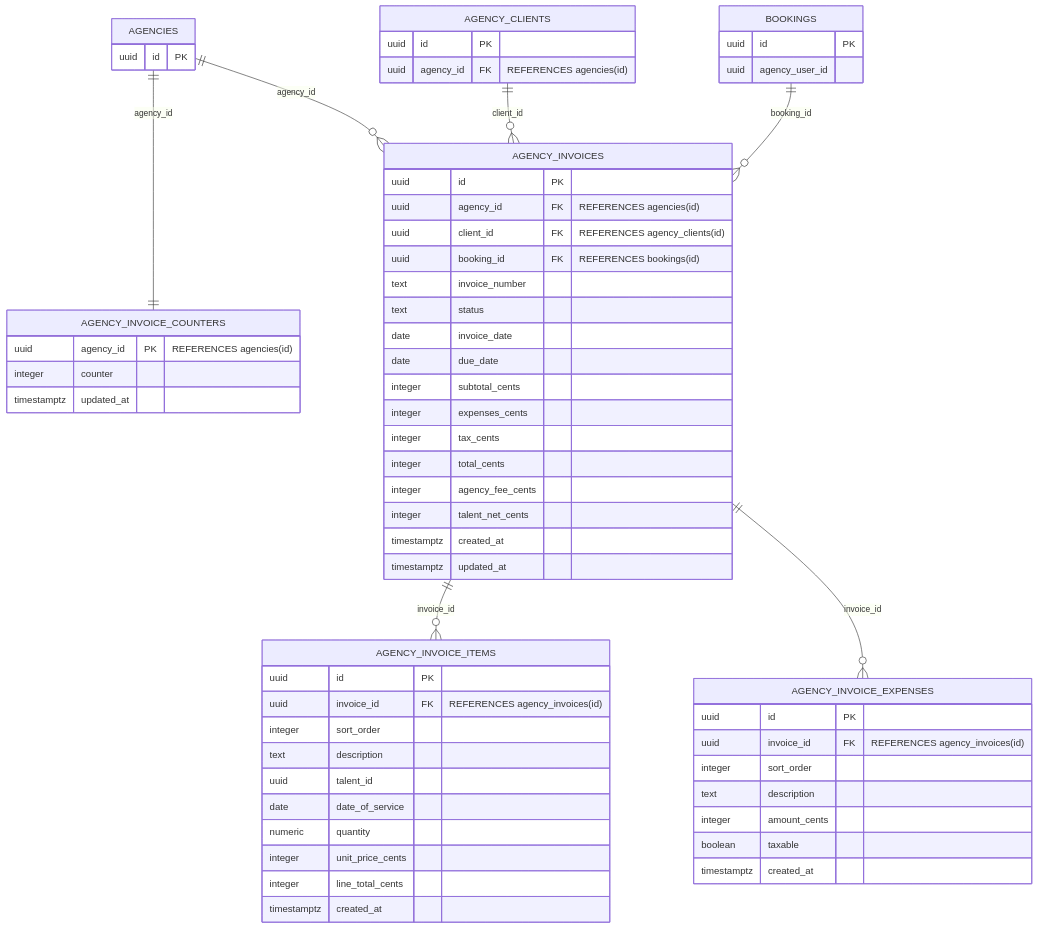
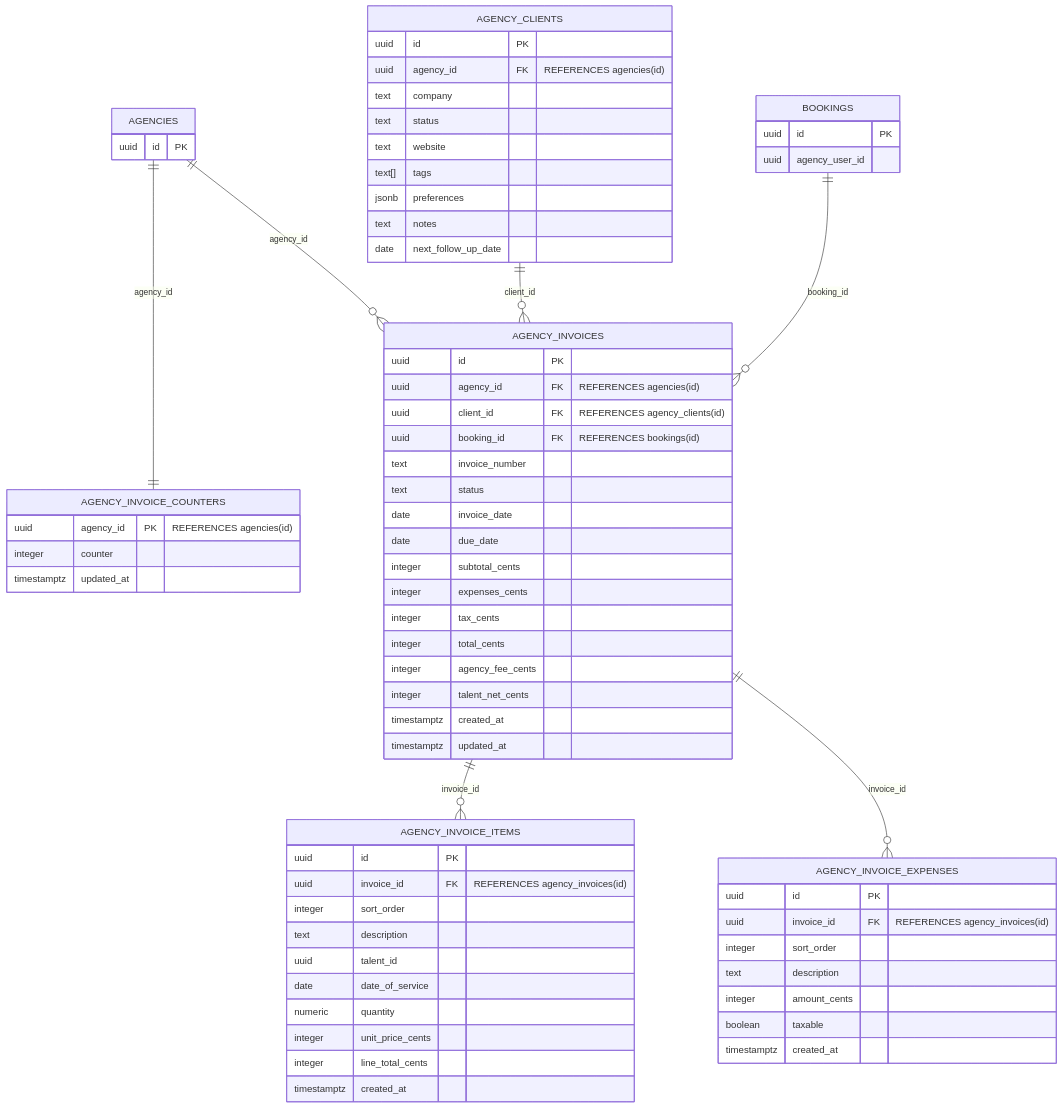
One commit to ADORSYS-GIS/likelee-ai changed the third of 4 diagrams in docs/er-diagram.md. Above: the diagram before and after it, drawn with Mermaid. The commit also changed other lines of this file and 21 other files, not shown here.

Commit message:
feat: Centralize error handling with new backend sanitization and frontend parsing, fix missing `next_follow_up_date` column, and refine API client paths.

````diff
--- a/docs/er-diagram.md
+++ b/docs/er-diagram.md
@@ -413,71 +414,78 @@
 ```mermaid
 erDiagram
   AGENCIES {
     uuid id PK
   }
 
   AGENCY_CLIENTS {
     uuid id PK
     uuid agency_id FK "REFERENCES agencies(id)"
+    text company
+    text status
+    text website
+    text[] tags
+    jsonb preferences
+    text notes
+    date next_follow_up_date
   }
 
   BOOKINGS {
     uuid id PK
     uuid agency_user_id
   }
 
   AGENCY_INVOICE_COUNTERS {
     uuid agency_id PK "REFERENCES agencies(id)"
     integer counter
     timestamptz updated_at
   }
 
   AGENCY_INVOICES {
     uuid id PK
     uuid agency_id FK "REFERENCES agencies(id)"
     uuid client_id FK "REFERENCES agency_clients(id)"
     uuid booking_id FK "REFERENCES bookings(id)"
     text invoice_number
     text status
     date invoice_date
     date due_date
     integer subtotal_cents
     integer expenses_cents
     integer tax_cents
     integer total_cents
     integer agency_fee_cents
     integer talent_net_cents
     timestamptz created_at
     timestamptz updated_at
   }
 
   AGENCY_INVOICE_ITEMS {
     uuid id PK
     uuid invoice_id FK "REFERENCES agency_invoices(id)"
     integer sort_order
     text description
     uuid talent_id
     date date_of_service
     numeric quantity
     integer unit_price_cents
     integer line_total_cents
     timestamptz created_at
   }
 
   AGENCY_INVOICE_EXPENSES {
     uuid id PK
     uuid invoice_id FK "REFERENCES agency_invoices(id)"
     integer sort_order
     text description
     integer amount_cents
     boolean taxable
     timestamptz created_at
   }
 
   AGENCIES ||--|| AGENCY_INVOICE_COUNTERS : agency_id
   AGENCIES ||--o{ AGENCY_INVOICES : agency_id
   AGENCY_CLIENTS ||--o{ AGENCY_INVOICES : client_id
   BOOKINGS ||--o{ AGENCY_INVOICES : booking_id
   AGENCY_INVOICES ||--o{ AGENCY_INVOICE_ITEMS : invoice_id
   AGENCY_INVOICES ||--o{ AGENCY_INVOICE_EXPENSES : invoice_id
 ```
````
